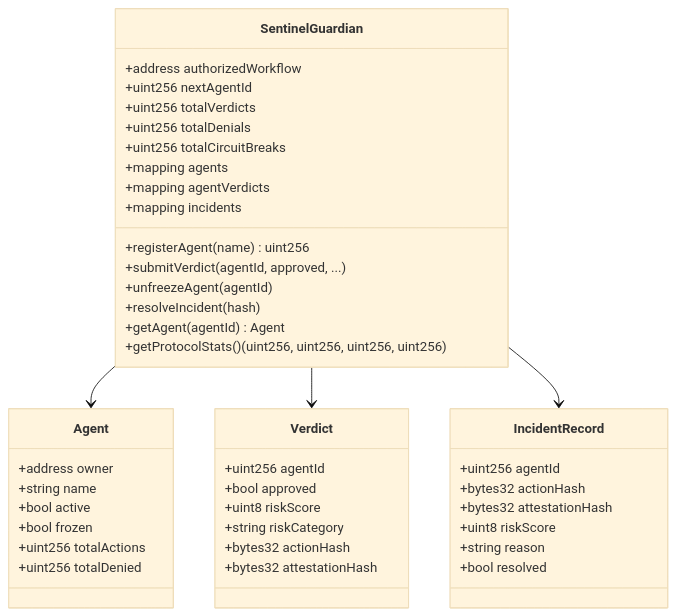
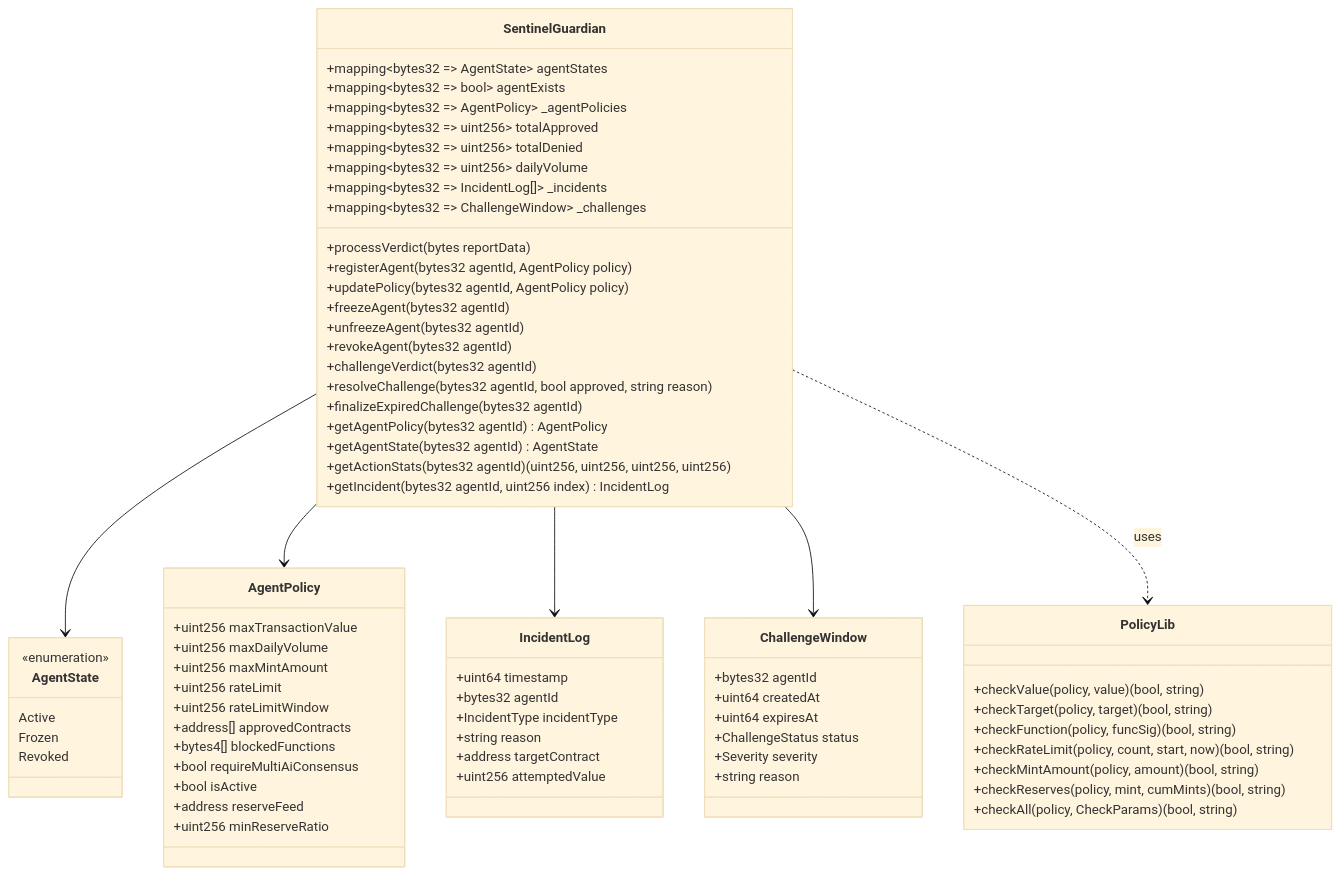
One commit to ProjectWaja/SentinelCRE changed the fourth of 6 diagrams in docs/ARCHITECTURE.md. Above: the diagram before and after it, drawn with Mermaid (base theme). The commit also changed other lines of this file and 5 other files, not shown here.

````diff
--- a/docs/ARCHITECTURE.md
+++ b/docs/ARCHITECTURE.md
@@ -129,51 +129,82 @@
 ```mermaid
 classDiagram
     class SentinelGuardian {
-        +address authorizedWorkflow
-        +uint256 nextAgentId
-        +uint256 totalVerdicts
-        +uint256 totalDenials
-        +uint256 totalCircuitBreaks
-        +mapping agents
-        +mapping agentVerdicts
-        +mapping incidents
-        
-        +registerAgent(name) uint256
-        +submitVerdict(agentId, approved, ...) 
-        +unfreezeAgent(agentId)
-        +resolveIncident(hash)
-        +getAgent(agentId) Agent
-        +getProtocolStats() (uint256, uint256, uint256, uint256)
+        +mapping~bytes32 => AgentState~ agentStates
+        +mapping~bytes32 => bool~ agentExists
+        +mapping~bytes32 => AgentPolicy~ _agentPolicies
+        +mapping~bytes32 => uint256~ totalApproved
+        +mapping~bytes32 => uint256~ totalDenied
+        +mapping~bytes32 => uint256~ dailyVolume
+        +mapping~bytes32 => IncidentLog[]~ _incidents
+        +mapping~bytes32 => ChallengeWindow~ _challenges
+
+        +processVerdict(bytes reportData)
+        +registerAgent(bytes32 agentId, AgentPolicy policy)
+        +updatePolicy(bytes32 agentId, AgentPolicy policy)
+        +freezeAgent(bytes32 agentId)
+        +unfreezeAgent(bytes32 agentId)
+        +revokeAgent(bytes32 agentId)
+        +challengeVerdict(bytes32 agentId)
+        +resolveChallenge(bytes32 agentId, bool approved, string reason)
+        +finalizeExpiredChallenge(bytes32 agentId)
+        +getAgentPolicy(bytes32 agentId) AgentPolicy
+        +getAgentState(bytes32 agentId) AgentState
+        +getActionStats(bytes32 agentId) (uint256, uint256, uint256, uint256)
+        +getIncident(bytes32 agentId, uint256 index) IncidentLog
     }
-    
-    class Agent {
-        +address owner
-        +string name
-        +bool active
-        +bool frozen
-        +uint256 totalActions
-        +uint256 totalDenied
+
+    class AgentState {
+        <<enumeration>>
+        Active
+        Frozen
+        Revoked
     }
-    
-    class Verdict {
-        +uint256 agentId
-        +bool approved
-        +uint8 riskScore
-        +string riskCategory
-        +bytes32 actionHash
-        +bytes32 attestationHash
+
+    class AgentPolicy {
+        +uint256 maxTransactionValue
+        +uint256 maxDailyVolume
+        +uint256 maxMintAmount
+        +uint256 rateLimit
+        +uint256 rateLimitWindow
+        +address[] approvedContracts
+        +bytes4[] blockedFunctions
+        +bool requireMultiAiConsensus
+        +bool isActive
+        +address reserveFeed
+        +uint256 minReserveRatio
     }
-    
-    class IncidentRecord {
-        +uint256 agentId
-        +bytes32 actionHash
-        +bytes32 attestationHash
-        +uint8 riskScore
+
+    class IncidentLog {
+        +uint64 timestamp
+        +bytes32 agentId
+        +IncidentType incidentType
         +string reason
-        +bool resolved
+        +address targetContract
+        +uint256 attemptedValue
     }
-    
-    SentinelGuardian --> Agent
-    SentinelGuardian --> Verdict
-    SentinelGuardian --> IncidentRecord
+
+    class ChallengeWindow {
+        +bytes32 agentId
+        +uint64 createdAt
+        +uint64 expiresAt
+        +ChallengeStatus status
+        +Severity severity
+        +string reason
+    }
+
+    class PolicyLib {
+        +checkValue(policy, value) (bool, string)
+        +checkTarget(policy, target) (bool, string)
+        +checkFunction(policy, funcSig) (bool, string)
+        +checkRateLimit(policy, count, start, now) (bool, string)
+        +checkMintAmount(policy, amount) (bool, string)
+        +checkReserves(policy, mint, cumMints) (bool, string)
+        +checkAll(policy, CheckParams) (bool, string)
+    }
+
+    SentinelGuardian --> AgentState
+    SentinelGuardian --> AgentPolicy
+    SentinelGuardian --> IncidentLog
+    SentinelGuardian --> ChallengeWindow
+    SentinelGuardian ..> PolicyLib : uses
 ```
````
